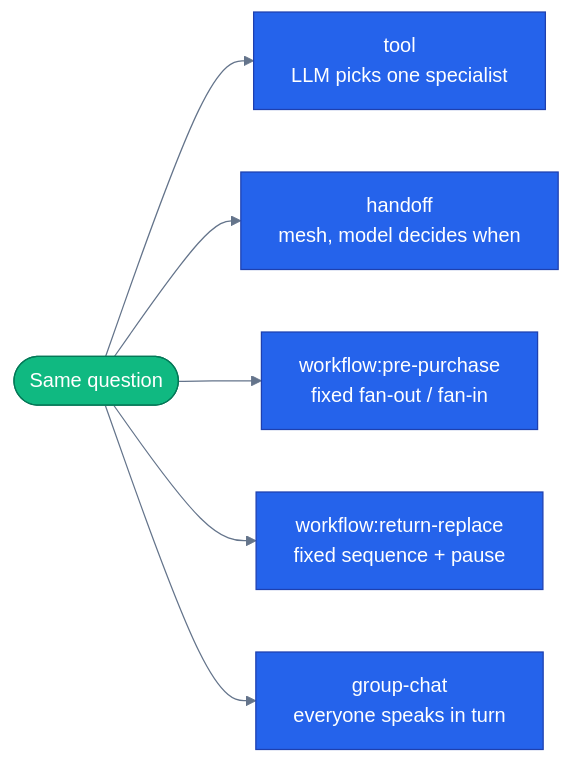
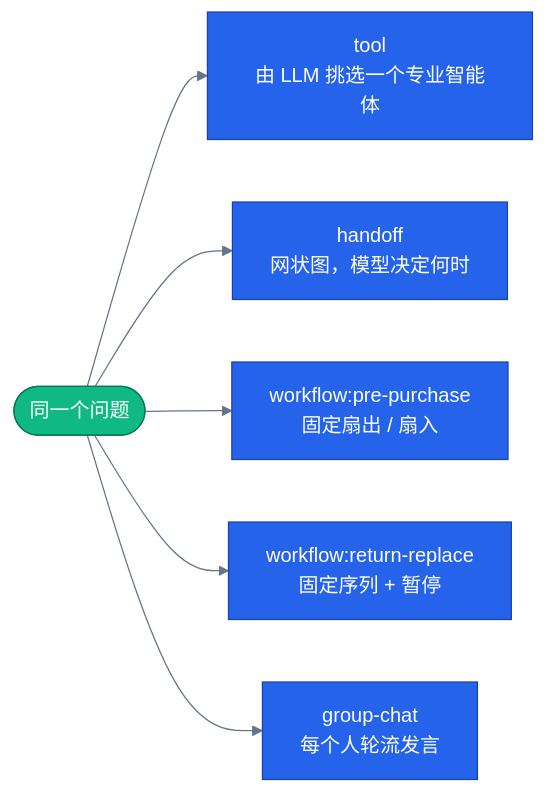
Before and after one commit to s1encisi/reliable-commerce-agents: the diagram in docs/concepts/06-orchestration-patterns.md, drawn with Mermaid. The commit also changed other lines of this file and 1033 other files, not shown here.

````diff
--- a/docs/concepts/06-orchestration-patterns.md
+++ b/docs/concepts/06-orchestration-patterns.md
@@ -133,19 +113,19 @@
 ```mermaid
 %%{init: {'theme':'base', 'themeVariables': {
   'primaryColor': '#2563eb','primaryTextColor': '#ffffff','primaryBorderColor': '#1e40af',
   'lineColor': '#64748b','secondaryColor': '#f59e0b','tertiaryColor': '#10b981',
   'background': 'transparent'}}}%%
 flowchart LR
   classDef core     fill:#2563eb,stroke:#1e40af,color:#ffffff
   classDef success  fill:#10b981,stroke:#047857,color:#ffffff
   classDef infra    fill:#64748b,stroke:#334155,color:#ffffff
 
-  q(["Same question"]) --> tool["tool<br/>LLM picks one specialist"]
-  q --> handoff["handoff<br/>mesh, model decides when"]
-  q --> fanout["workflow:pre-purchase<br/>fixed fan-out / fan-in"]
-  q --> seq["workflow:return-replace<br/>fixed sequence + pause"]
-  q --> gc["group-chat<br/>everyone speaks in turn"]
+  q(["同一个问题"]) --> tool["tool<br/>由 LLM 挑选一个专业智能体"]
+  q --> handoff["handoff<br/>网状图，模型决定何时"]
+  q --> fanout["workflow:pre-purchase<br/>固定扇出 / 扇入"]
+  q --> seq["workflow:return-replace<br/>固定序列 + 暂停"]
+  q --> gc["group-chat<br/>每个人轮流发言"]
 
   class q success
   class tool,handoff,fanout,seq,gc core
 ```
````
